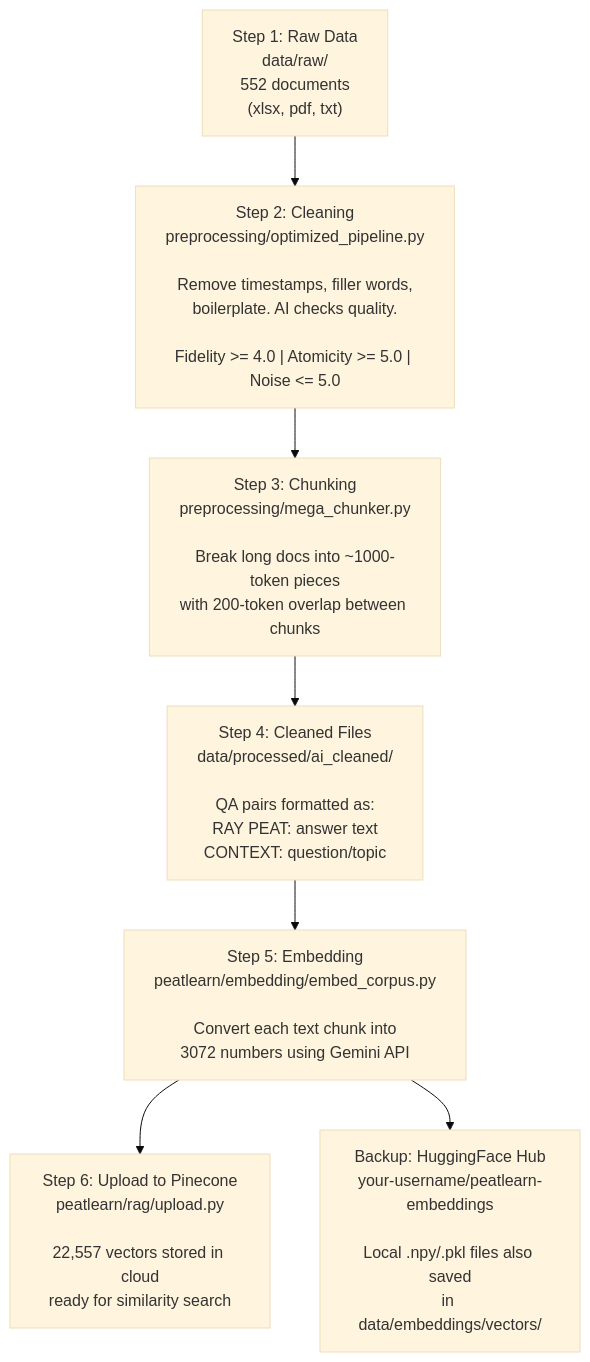
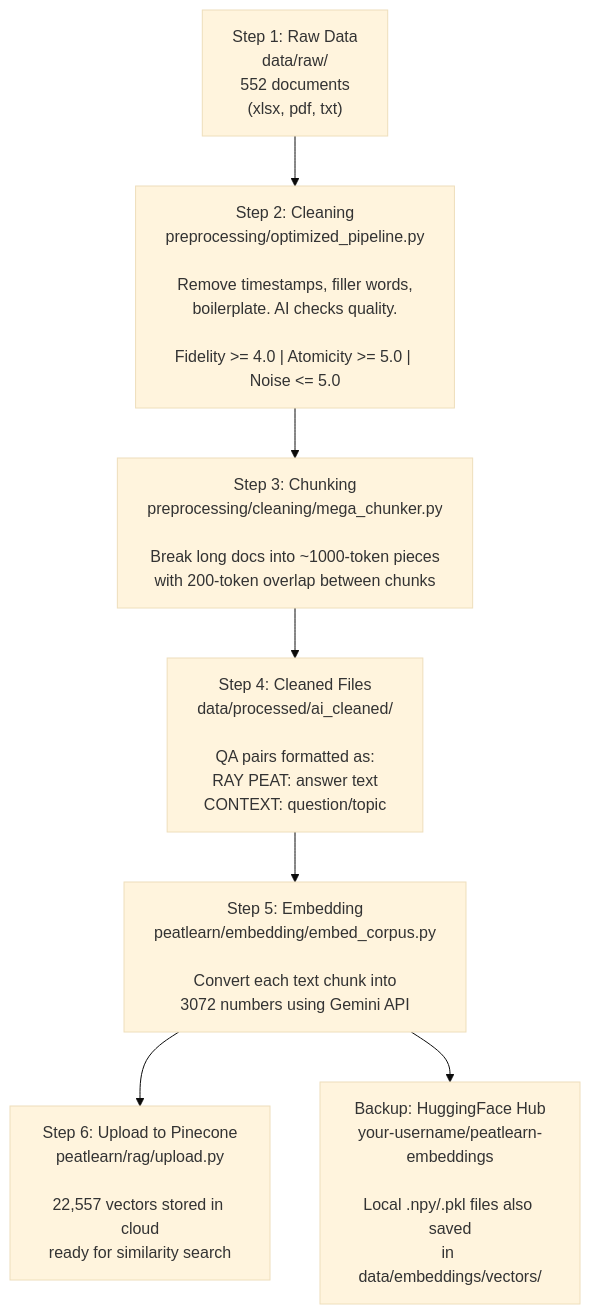
One commit to spacesheepinternet/PeatLearn changed the second of 22 diagrams in DOCUMENTARY.md. Above: the diagram before and after it, drawn with Mermaid (base theme). The commit also changed other lines of this file, not shown here.

````diff
--- a/DOCUMENTARY.md
+++ b/DOCUMENTARY.md
@@ -199,9 +200,9 @@
 ```mermaid
 flowchart TD
     A["Step 1: Raw Data\ndata/raw/\n552 documents\n(xlsx, pdf, txt)"] --> B["Step 2: Cleaning\npreprocessing/optimized_pipeline.py\n\nRemove timestamps, filler words,\nboilerplate. AI checks quality.\n\nFidelity >= 4.0 | Atomicity >= 5.0 | Noise <= 5.0"]
-    B --> C["Step 3: Chunking\npreprocessing/mega_chunker.py\n\nBreak long docs into ~1000-token pieces\nwith 200-token overlap between chunks"]
+    B --> C["Step 3: Chunking\npreprocessing/cleaning/mega_chunker.py\n\nBreak long docs into ~1000-token pieces\nwith 200-token overlap between chunks"]
     C --> D["Step 4: Cleaned Files\ndata/processed/ai_cleaned/\n\nQA pairs formatted as:\nRAY PEAT: answer text\nCONTEXT: question/topic"]
     D --> E["Step 5: Embedding\npeatlearn/embedding/embed_corpus.py\n\nConvert each text chunk into\n3072 numbers using Gemini API"]
     E --> F["Step 6: Upload to Pinecone\npeatlearn/rag/upload.py\n\n22,557 vectors stored in cloud\nready for similarity search"]
     E --> G["Backup: HuggingFace Hub\nyour-username/peatlearn-embeddings\n\nLocal .npy/.pkl files also saved\nin data/embeddings/vectors/"]
 ```
````
